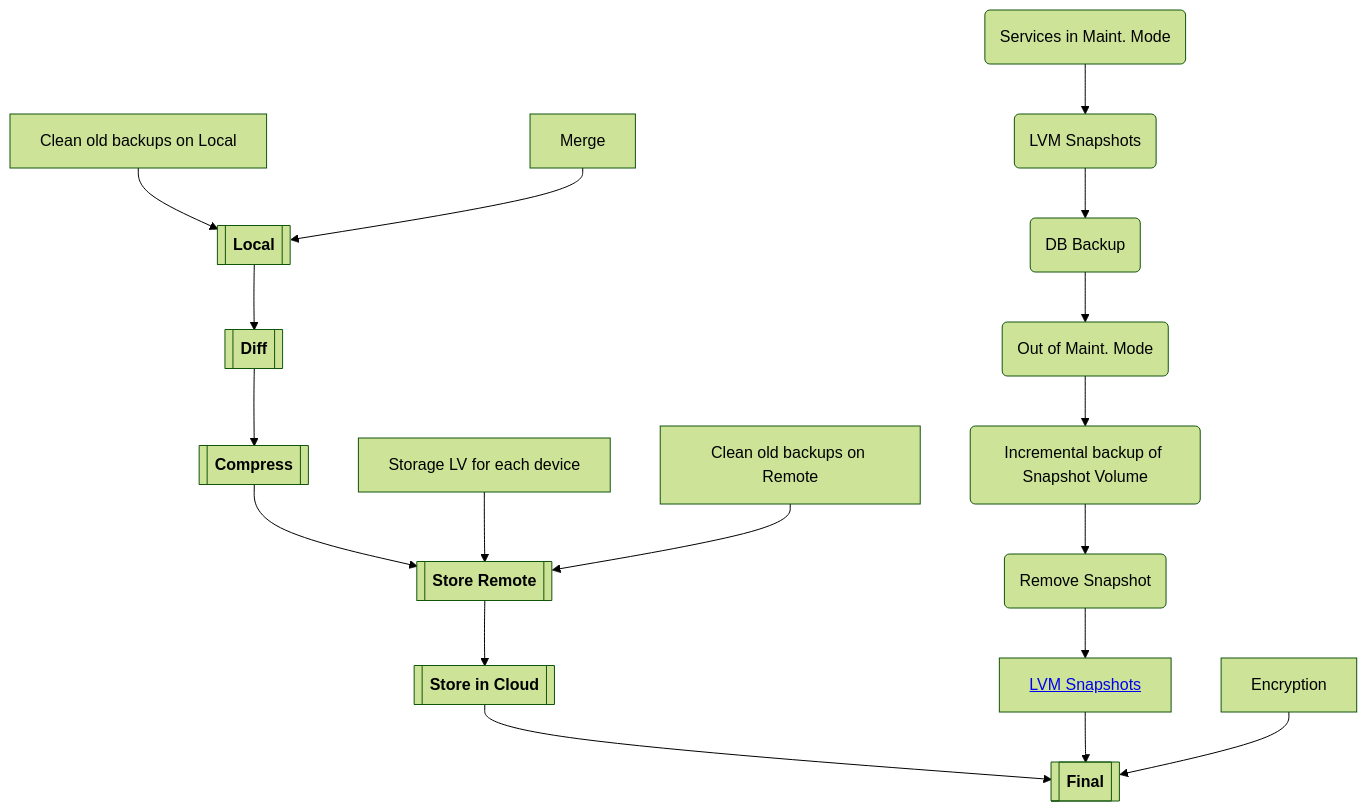
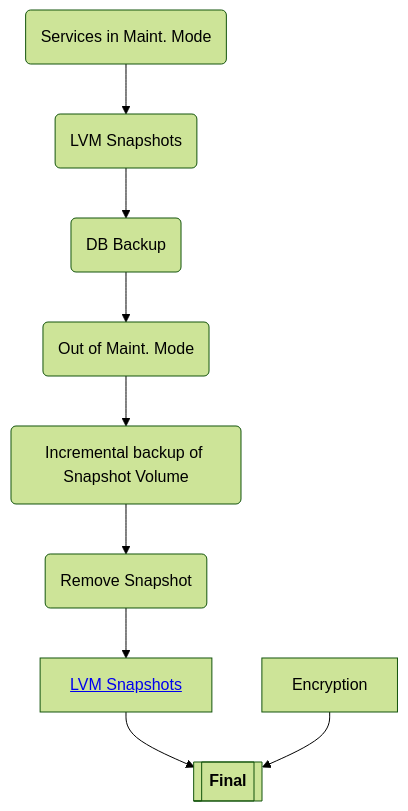
Before and after one commit to clintwebb/bakker: the sixth of 6 diagrams in notes/plan.md, drawn with Mermaid (forest theme). The commit also changed other lines of this file, not shown here.

````diff
--- a/notes/plan.md
+++ b/notes/plan.md
@@ -1,33 +70,20 @@
 ```mermaid
 flowchart TD;
     %% To mark an item as completed (green)
     %% style EXAMPLE fill:#afa
 
     %% To provide a link
     %% A[<a href='https://google.com'>works</a>]
-
-    FEAT_LOCAL_CLEAN[Clean old backups on Local] --> TARG_LOCAL
-    FEAT_MERGE[Merge] --> TARG_LOCAL
-
-    TARG_LOCAL[["`**Local**`"]] --> TARG_DIFF
-    TARG_DIFF[["`**Diff**`"]] --> TARG_COMPRESS
-    TARG_COMPRESS[["`**Compress**`"]] --> TARG_REMOTE
-
-    FEAT_LV_EACH[Storage LV for each device] --> TARG_REMOTE
-    FEAT_REMOTE_CLEAN[Clean old backups on Remote] --> TARG_REMOTE
-    TARG_REMOTE[["`**Store Remote**`"]] --> TARG_CLOUD
-    TARG_CLOUD[["`**Store in Cloud**`"]] --> TARG_FINAL
-    TARG_FINAL[["`**Final**`"]]
 
     FUNC_MAINT(Services in Maint. Mode) -->
     FUNC_LVM_SNAP(LVM Snapshots) -->
     FUNC_DB_BAK(DB Backup) -->
     FUNC_UNMAINT(Out of Maint. Mode) -->
     FUNC_LVM_BAK(Incremental backup of Snapshot Volume) -->
     FUNC_UN_SNAP(Remove Snapshot) -->
     FEAT_LVM_SNAP[<a href='https://github.com/clintwebb/bakker/blob/main/notes/lvm_snapshots.md'>LVM Snapshots</a>] --> TARG_FINAL
 
     FEAT_ENCRYPT[Encryption] --> TARG_FINAL
+    TARG_FINAL[["`**Final**`"]]
     
-  
 ```
````
